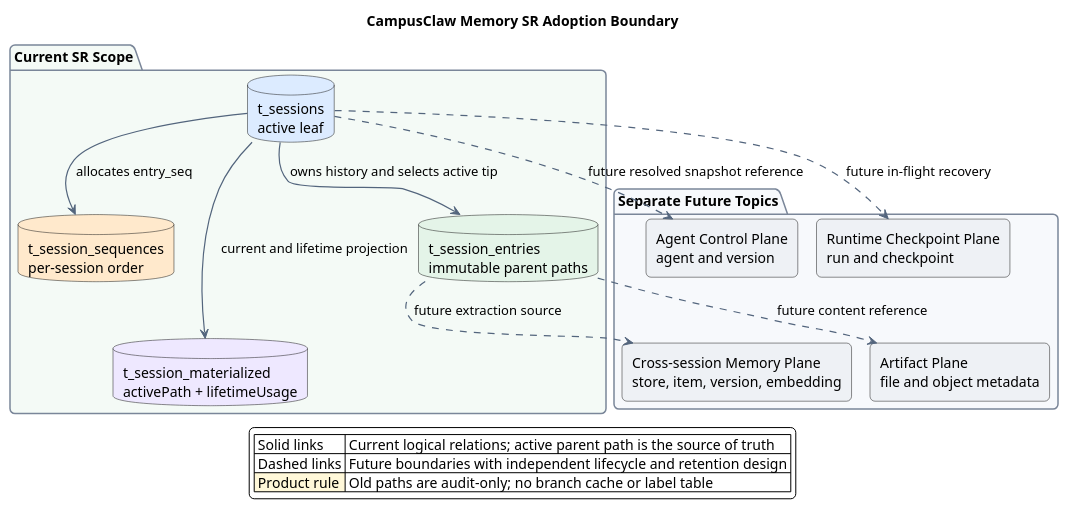
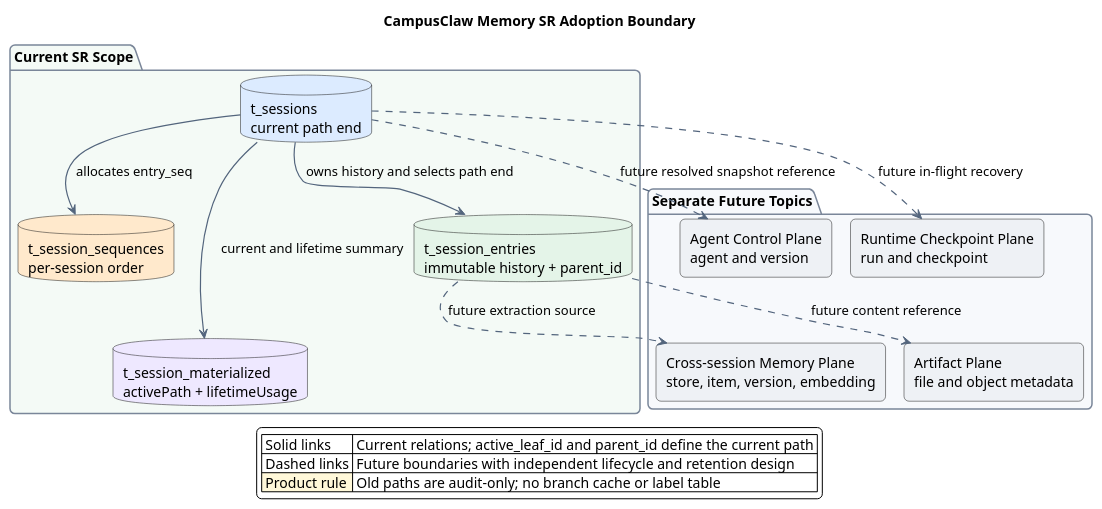
Before and after one commit to ssm0808/pi-mono-java-design: the second of 2 diagrams in agent-database-patterns/diagram.puml, drawn with PlantUML. The commit also changed 8 other files, not shown here.

```diff
--- a/agent-database-patterns/diagram.puml
+++ b/agent-database-patterns/diagram.puml
@@ -75,68 +75,68 @@
 @startuml pi-memory-adoption-boundary
-' Current SR adoption boundary updated for SR-MEM-001 v0.14.1 on 2026-08-11.
+' Current SR adoption boundary updated for SR-MEM-001 v0.14.2 on 2026-08-11.
 !pragma layout smetana
 title CampusClaw Memory SR Adoption Boundary
 top to bottom direction
 
 skinparam backgroundColor #FFFFFF
 skinparam shadowing false
 skinparam roundcorner 10
 skinparam componentStyle rectangle
 skinparam ArrowColor #53657D
 skinparam ArrowThickness 1.2
 skinparam PackageBorderColor #7A8699
 skinparam NoteBorderColor #B58B00
 skinparam NoteBackgroundColor #FFF8D9
 
 ' Source evidence: badlogic/pi-mono@f0deb8dd8e9611e89b5bc4145ca92c03ae6ed4ee,
 ' packages/agent/src/harness/types.ts: SessionTreeEntry and SessionStorage;
 ' packages/agent/src/harness/session/session.ts: defaultContextEntryTransform and moveTo;
 ' packages/storage/sqlite-node/src/sqlite/storage/index.ts: readHead and appendEntry.
 ' Observed behavior: pi persists seven Session tables, including parent links,
 ' an active leaf, branch caches, and entry materialized labels.
-' Target-only product constraint: SR-MEM-001 v0.14.1 keeps four tables, exposes one
+' Target-only product constraint: SR-MEM-001 v0.14.2 keeps four tables, exposes one
 ' active path, and only allows editing the latest user message on that path.
 ' Architecture change: parent links are read directly without branch cache tables.
-' Concurrency hardening: expected leaf and parent fences protect centralized writes.
+' Concurrency hardening: expected path-end and parent checks protect centralized writes.
 ' Design reason: align table colors with SR-MEM-001 and route future links one way.
 
 package "Current SR Scope" as CurrentScope #F4FAF6 {
-  database "t_sessions\nactive leaf" as Session #DCEBFF
+  database "t_sessions\ncurrent path end" as Session #DCEBFF
   database "t_session_sequences\nper-session order" as Sequence #FFE9CC
-  database "t_session_entries\nimmutable parent paths" as Entry #E4F4E8
+  database "t_session_entries\nimmutable history + parent_id" as Entry #E4F4E8
   database "t_session_materialized\nactivePath + lifetimeUsage" as Summary #EEE8FF
 
   Session -[hidden]right- Sequence
   Entry -[hidden]right- Summary
   Session -[hidden]down- Entry
   Sequence -[hidden]down- Summary
 }
 
 package "Separate Future Topics" as FutureScope #F7F9FC {
   rectangle "Agent Control Plane\nagent and version" as AgentControl #EEF1F5
   rectangle "Runtime Checkpoint Plane\nrun and checkpoint" as RuntimeCheckpoint #EEF1F5
   rectangle "Cross-session Memory Plane\nstore, item, version, embedding" as LongMemory #EEF1F5
   rectangle "Artifact Plane\nfile and object metadata" as Artifact #EEF1F5
 
   AgentControl -[hidden]right- RuntimeCheckpoint
   LongMemory -[hidden]right- Artifact
   AgentControl -[hidden]down- LongMemory
   RuntimeCheckpoint -[hidden]down- Artifact
 }
 
-Session --> Entry : owns history and selects active tip
+Session --> Entry : owns history and selects path end
 Session --> Sequence : allocates entry_seq
-Session --> Summary : current and lifetime projection
+Session --> Summary : current and lifetime summary
 
 Session ..> AgentControl : future resolved snapshot reference
 Session ..> RuntimeCheckpoint : future in-flight recovery
 Entry ..> LongMemory : future extraction source
 Entry ..> Artifact : future content reference
 
 legend bottom
-|<#FFFFFF> Solid links | Current logical relations; active parent path is the source of truth |
+|<#FFFFFF> Solid links | Current relations; active_leaf_id and parent_id define the current path |
 |<#FFFFFF> Dashed links | Future boundaries with independent lifecycle and retention design |
 |<#FFF8D9> Product rule | Old paths are audit-only; no branch cache or label table |
 endlegend
 
 @enduml
```
